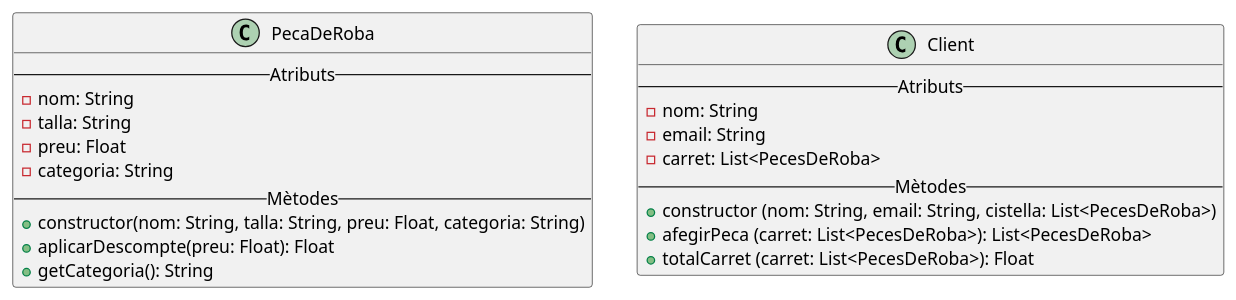
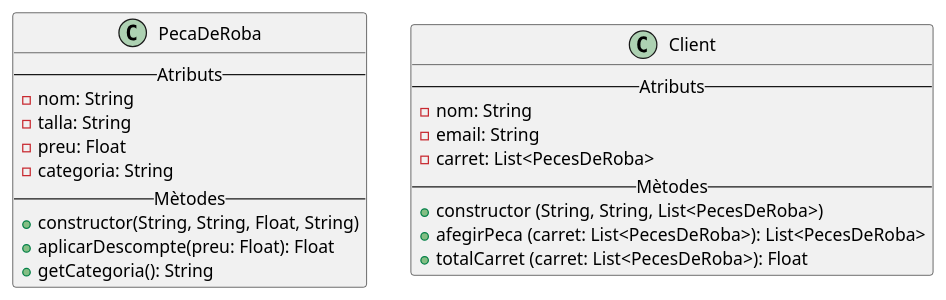
One commit to Dani-Alarcon/M5-A08-Disseny-de-diagrames-Classes-Dani-Alarcon changed the diagram in src/main/kotlin/uml/Exercici4-BotigaRopa.puml. Above: the diagram before and after it, drawn with PlantUML. The commit also changed 4 other files, not shown here.

```diff
--- a/src/main/kotlin/uml/Exercici4-BotigaRopa.puml
+++ b/src/main/kotlin/uml/Exercici4-BotigaRopa.puml
@@ -1,27 +1,27 @@
 @startuml
 'https://plantuml.com/class-diagram
 
 class PecaDeRoba {
     -- Atributs --
     - nom: String
     - talla: String
     - preu: Float
     - categoria: String
     -- Mètodes --
-    + constructor(nom: String, talla: String, preu: Float, categoria: String)
+    + constructor(String, String, Float, String)
     + aplicarDescompte(preu: Float): Float
     + getCategoria(): String
 }
 
 class Client {
     -- Atributs --
     - nom: String
     - email: String
     - carret: List<PecesDeRoba>
     -- Mètodes --
-    + constructor (nom: String, email: String, cistella: List<PecesDeRoba>)
+    + constructor (String, String, List<PecesDeRoba>)
     + afegirPeca (carret: List<PecesDeRoba>): List<PecesDeRoba>
     + totalCarret (carret: List<PecesDeRoba>): Float
 }
 
 @enduml
```
